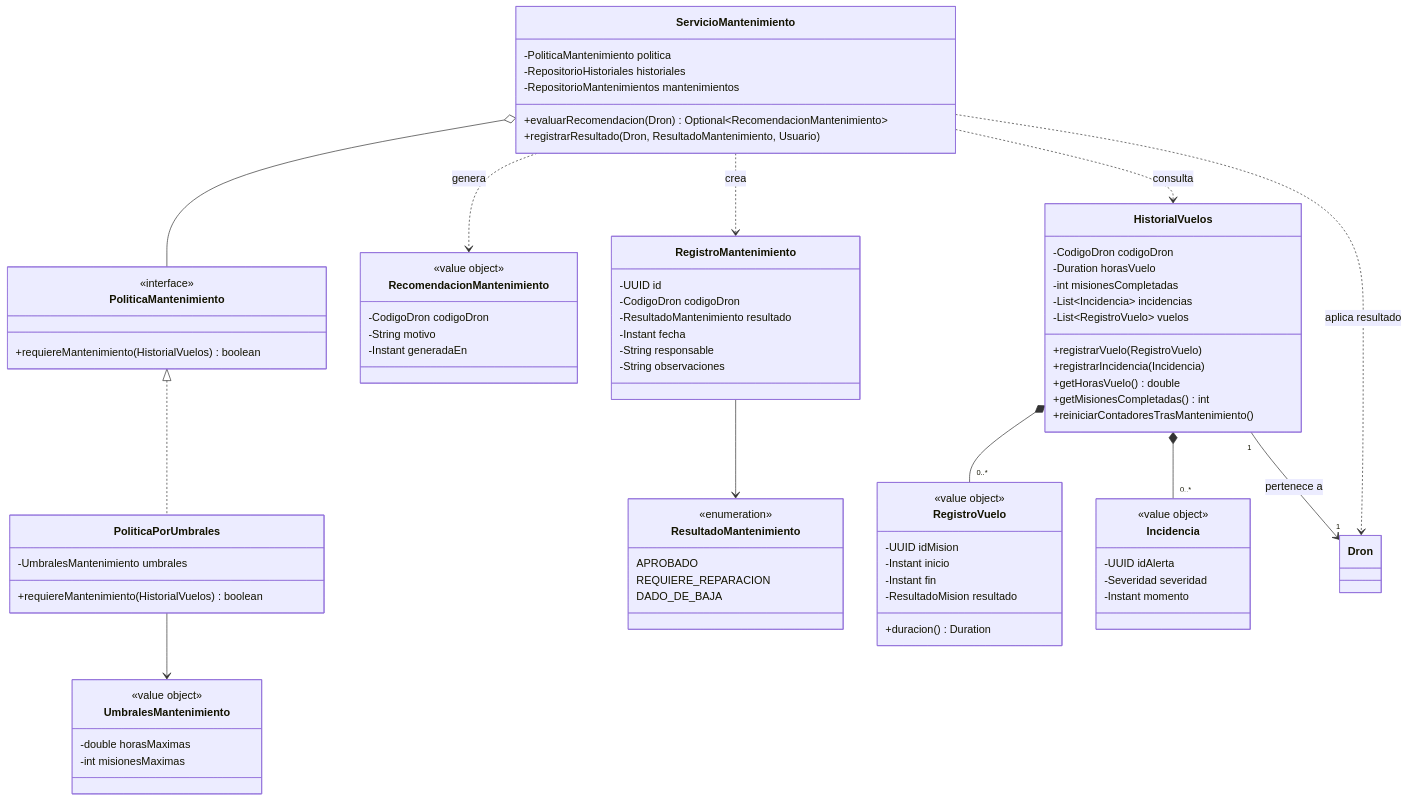
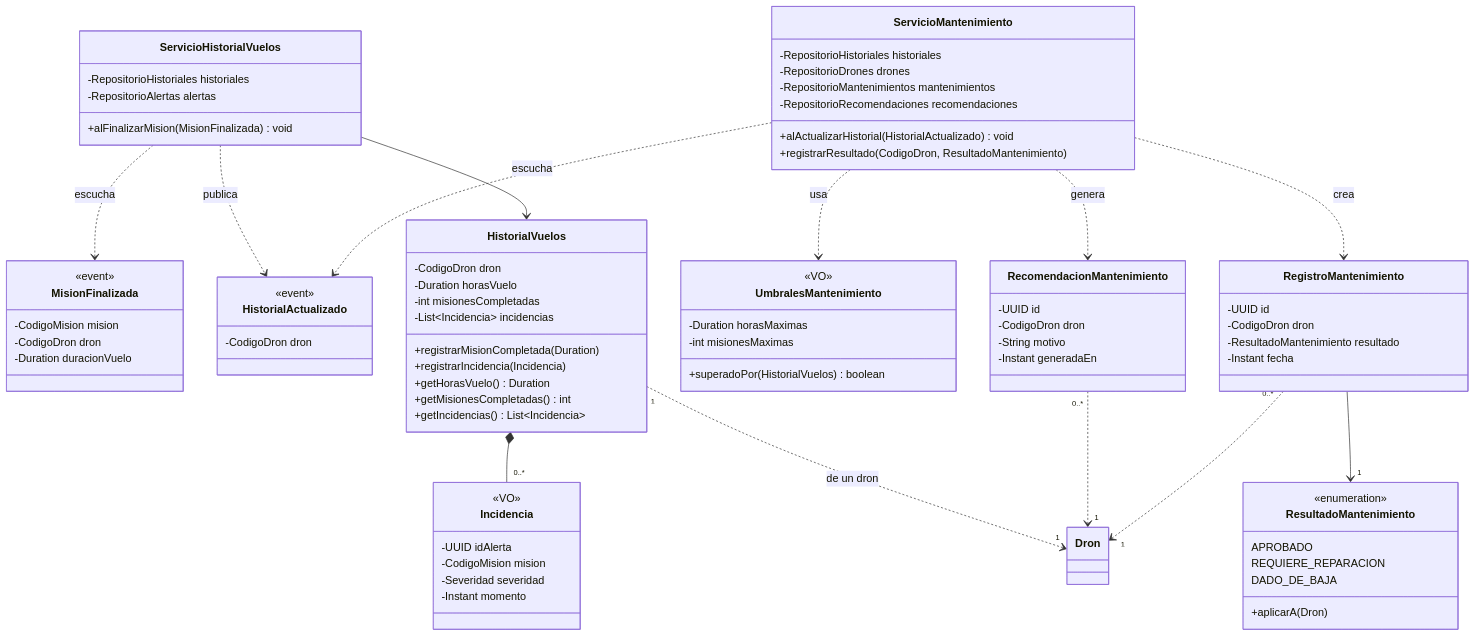
Before and after one commit to Juanescuaran2041/dronflow: the sixth of 7 diagrams in docs/diagrama-clases.md, drawn with Mermaid. The commit also changed other lines of this file and 11 other files, not shown here.

````diff
--- a/docs/diagrama-clases.md
+++ b/docs/diagrama-clases.md
@@ -525,83 +495,85 @@
 classDiagram
     direction TB
 
+    class MisionFinalizada {
+        <<event>>
+        -CodigoMision mision
+        -CodigoDron dron
+        -Duration duracionVuelo
+    }
+    class HistorialActualizado {
+        <<event>>
+        -CodigoDron dron
+    }
+
+    class ServicioHistorialVuelos {
+        -RepositorioHistoriales historiales
+        -RepositorioAlertas alertas
+        +alFinalizarMision(MisionFinalizada) void
+    }
     class HistorialVuelos {
-        -CodigoDron codigoDron
+        -CodigoDron dron
         -Duration horasVuelo
         -int misionesCompletadas
         -List~Incidencia~ incidencias
-        -List~RegistroVuelo~ vuelos
-        +registrarVuelo(RegistroVuelo)
+        +registrarMisionCompletada(Duration)
         +registrarIncidencia(Incidencia)
-        +getHorasVuelo() double
+        +getHorasVuelo() Duration
         +getMisionesCompletadas() int
-        +reiniciarContadoresTrasMantenimiento()
-    }
-    class RegistroVuelo {
-        <<value object>>
-        -UUID idMision
-        -Instant inicio
-        -Instant fin
-        -ResultadoMision resultado
-        +duracion() Duration
+        +getIncidencias() List~Incidencia~
     }
     class Incidencia {
-        <<value object>>
+        <<VO>>
         -UUID idAlerta
+        -CodigoMision mision
         -Severidad severidad
         -Instant momento
     }
 
     class ServicioMantenimiento {
-        -PoliticaMantenimiento politica
         -RepositorioHistoriales historiales
+        -RepositorioDrones drones
         -RepositorioMantenimientos mantenimientos
-        +evaluarRecomendacion(Dron) Optional~RecomendacionMantenimiento~
-        +registrarResultado(Dron, ResultadoMantenimiento, Usuario)
-    }
-    class PoliticaMantenimiento {
-        <<interface>>
-        +requiereMantenimiento(HistorialVuelos) boolean
-    }
-    class PoliticaPorUmbrales {
-        -UmbralesMantenimiento umbrales
-        +requiereMantenimiento(HistorialVuelos) boolean
+        -RepositorioRecomendaciones recomendaciones
+        +alActualizarHistorial(HistorialActualizado) void
+        +registrarResultado(CodigoDron, ResultadoMantenimiento)
     }
     class UmbralesMantenimiento {
-        <<value object>>
-        -double horasMaximas
+        <<VO>>
+        -Duration horasMaximas
         -int misionesMaximas
+        +superadoPor(HistorialVuelos) boolean
     }
     class RecomendacionMantenimiento {
-        <<value object>>
-        -CodigoDron codigoDron
+        -UUID id
+        -CodigoDron dron
         -String motivo
         -Instant generadaEn
     }
     class RegistroMantenimiento {
         -UUID id
-        -CodigoDron codigoDron
+        -CodigoDron dron
         -ResultadoMantenimiento resultado
         -Instant fecha
-        -String responsable
-        -String observaciones
     }
     class ResultadoMantenimiento {
         <<enumeration>>
         APROBADO
         REQUIERE_REPARACION
         DADO_DE_BAJA
+        +aplicarA(Dron)
     }
 
-    HistorialVuelos *-- "0..*" RegistroVuelo
+    ServicioHistorialVuelos ..> MisionFinalizada : escucha
+    ServicioHistorialVuelos ..> HistorialActualizado : publica
+    ServicioHistorialVuelos --> HistorialVuelos
     HistorialVuelos *-- "0..*" Incidencia
-    HistorialVuelos "1" --> "1" Dron : pertenece a
-    ServicioMantenimiento o-- PoliticaMantenimiento
-    PoliticaMantenimiento <|.. PoliticaPorUmbrales
-    PoliticaPorUmbrales --> UmbralesMantenimiento
+    HistorialVuelos "1" ..> "1" Dron : de un dron
+    ServicioMantenimiento ..> HistorialActualizado : escucha
+    ServicioMantenimiento ..> UmbralesMantenimiento : usa
     ServicioMantenimiento ..> RecomendacionMantenimiento : genera
     ServicioMantenimiento ..> RegistroMantenimiento : crea
-    RegistroMantenimiento --> ResultadoMantenimiento
-    ServicioMantenimiento ..> HistorialVuelos : consulta
-    ServicioMantenimiento ..> Dron : aplica resultado
+    RegistroMantenimiento --> "1" ResultadoMantenimiento
+    RecomendacionMantenimiento "0..*" ..> "1" Dron
+    RegistroMantenimiento "0..*" ..> "1" Dron
 ```
````
